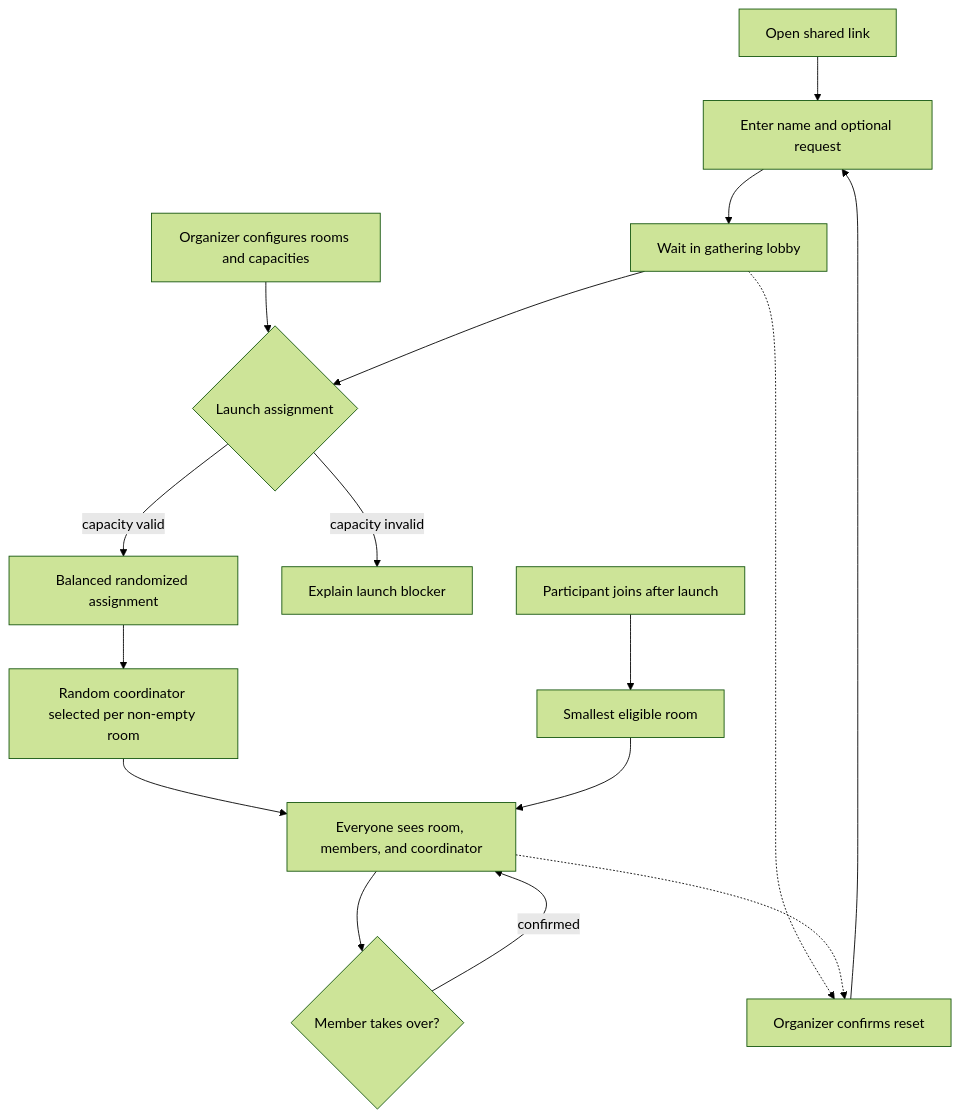
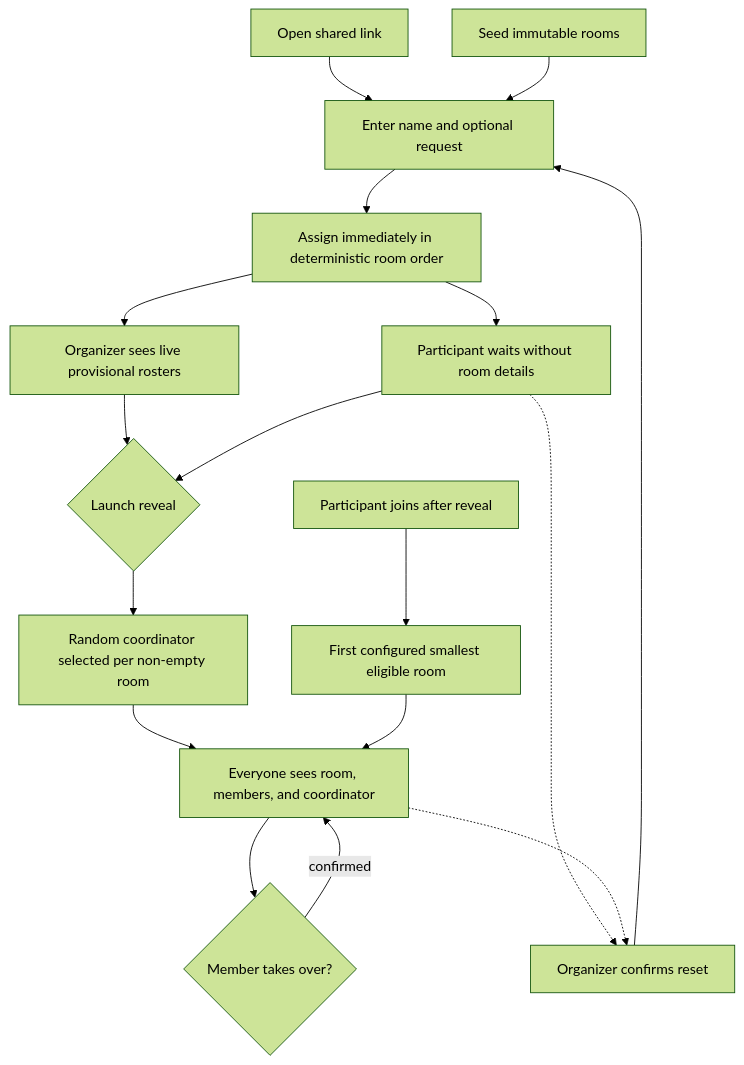
Before and after one commit to JesusFilm/dop: the first of 3 diagrams in docs/plans/2026-07-25-001-feat-participant-room-handoff-plan.md, drawn with Mermaid (forest theme). The commit also changed other lines of this file and 17 other files, not shown here.

First line of the commit message:
feat: assign participants as they join (#48)

````diff
--- a/docs/plans/2026-07-25-001-feat-participant-room-handoff-plan.md
+++ b/docs/plans/2026-07-25-001-feat-participant-room-handoff-plan.md
@@ -127,18 +131,19 @@
 ```mermaid
 flowchart TB
   Link["Open shared link"] --> Join["Enter name and optional request"]
-  Join --> Lobby["Wait in gathering lobby"]
-  Setup["Organizer configures rooms and capacities"] --> Launch{"Launch assignment"}
+  Seed["Seed immutable rooms"] --> Join
+  Join --> Assign["Assign immediately in deterministic room order"]
+  Assign --> Organizer["Organizer sees live provisional rosters"]
+  Assign --> Lobby["Participant waits without room details"]
+  Organizer --> Launch{"Launch reveal"}
   Lobby --> Launch
   Lobby -.-> Reset
-  Launch -->|capacity valid| Assign["Balanced randomized assignment"]
-  Launch -->|capacity invalid| Block["Explain launch blocker"]
-  Assign --> Coordinator["Random coordinator selected per non-empty room"]
+  Launch --> Coordinator["Random coordinator selected per non-empty room"]
   Coordinator --> Handoff["Everyone sees room, members, and coordinator"]
-  Late["Participant joins after launch"] --> Eligible["Smallest eligible room"]
+  Late["Participant joins after reveal"] --> Eligible["First configured smallest eligible room"]
   Eligible --> Handoff
   Handoff --> Takeover{"Member takes over?"}
   Takeover -->|confirmed| Handoff
   Handoff -.-> Reset
   Reset["Organizer confirms reset"] --> Join
 ```
````
